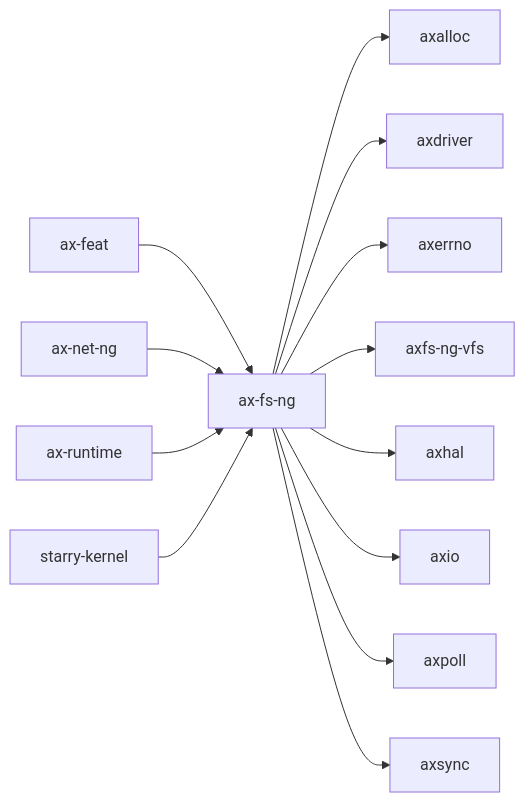
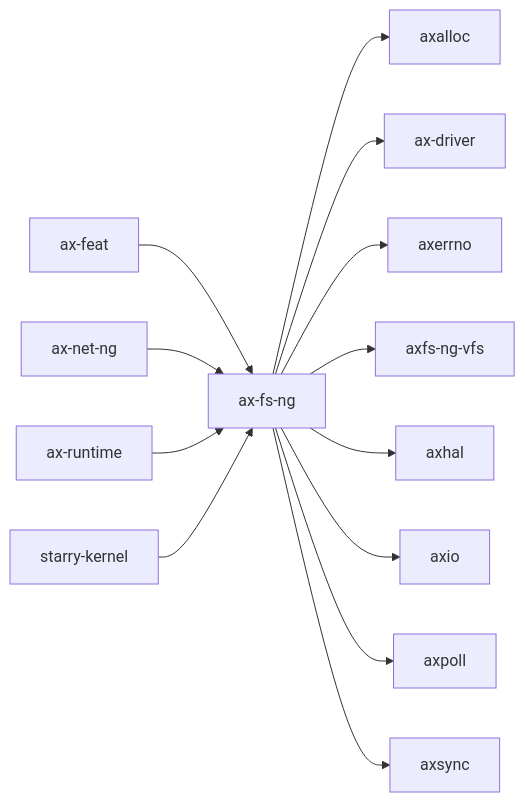
The diagram in docs/crates/ax-fs-ng.md (zKurisu/tgoskits), drawn with Mermaid before and after one commit. The commit also changed other lines of this file and 73 other files, not shown here.

Commit message:
rename axdriver to ax-driver

````diff
--- a/docs/crates/ax-fs-ng.md
+++ b/docs/crates/ax-fs-ng.md
@@ -32,16 +32,16 @@
 ```mermaid
 graph LR
     current["ax-fs-ng"]
     current --> axalloc["axalloc"]
-    current --> axdriver["axdriver"]
+    current --> ax-driver["ax-driver"]
     current --> axerrno["axerrno"]
     current --> axfs_ng_vfs["axfs-ng-vfs"]
     current --> axhal["axhal"]
     current --> axio["axio"]
     current --> axpoll["axpoll"]
     current --> axsync["axsync"]
     ax_feat["ax-feat"] --> current
     ax_net_ng["ax-net-ng"] --> current
     ax_runtime["ax-runtime"] --> current
     starry_kernel["starry-kernel"] --> current
 ```
````
